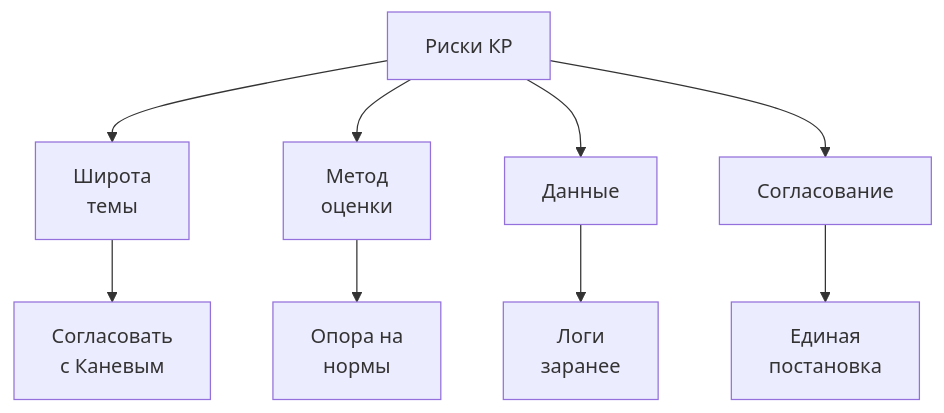
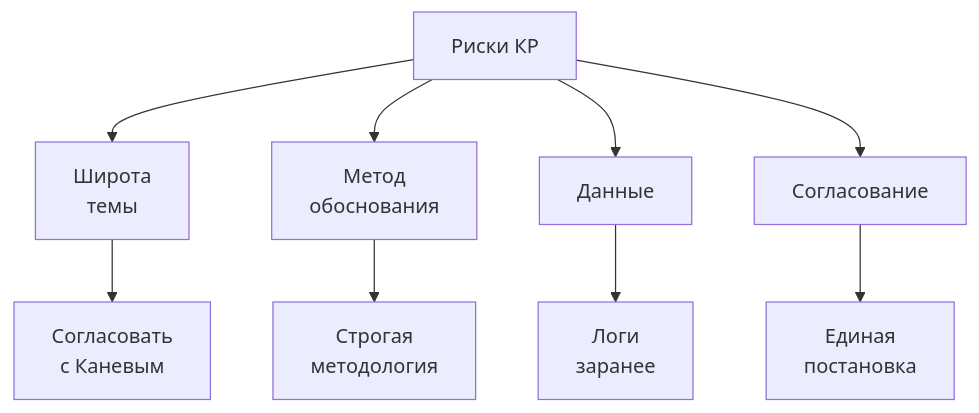
Before and after one commit to RedAlexDad/WalkingRobotSim: diagram 18 of 19 in docs/ergonomics-methodology/kr-topic-consultation-report.md, drawn with Mermaid. The commit also changed other lines of this file and 1 other file, not shown here.

First line of the commit message:
docs: переосмыслить тему КР и метод обоснования

````diff
--- a/docs/ergonomics-methodology/kr-topic-consultation-report.md
+++ b/docs/ergonomics-methodology/kr-topic-consultation-report.md
@@ -880,11 +995,11 @@
 ```mermaid
 graph TB
     R["Риски КР"] --> R1["Широта<br/>темы"]
-    R --> R2["Метод<br/>оценки"]
+    R --> R2["Метод<br/>обоснования"]
     R --> R3["Данные"]
     R --> R4["Согласование"]
     R1 --> M1["Согласовать<br/>с Каневым"]
-    R2 --> M2["Опора на<br/>нормы"]
+    R2 --> M2["Строгая<br/>методология"]
     R3 --> M3["Логи<br/>заранее"]
     R4 --> M4["Единая<br/>постановка"]
 ```
````
